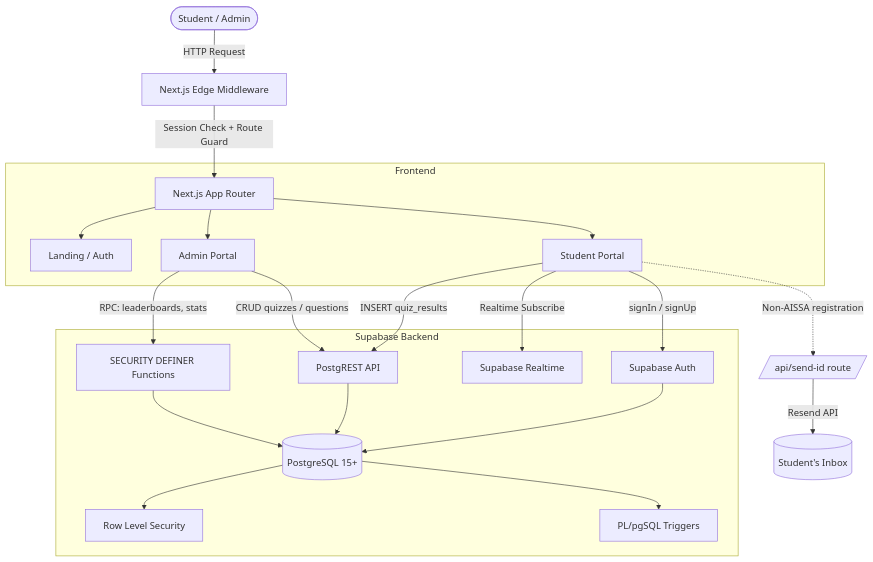
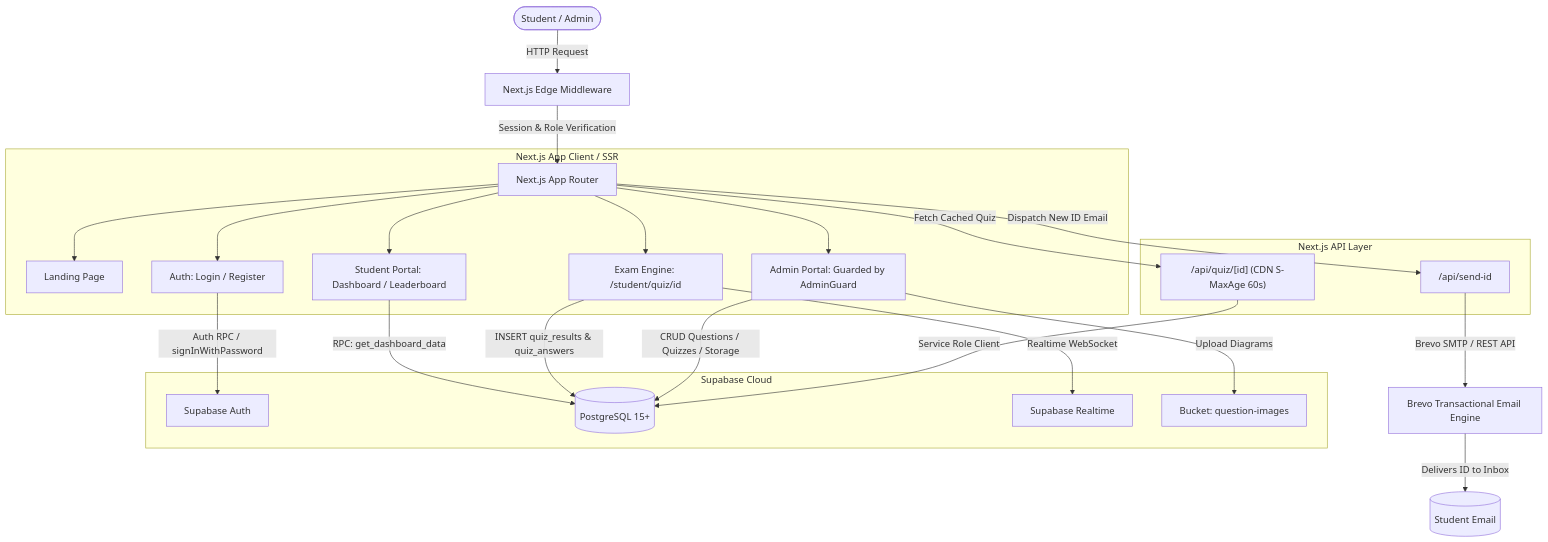
The diagram in README.md (Vivan2025wd/AISSA-Quiz), drawn with Mermaid before and after one commit. The commit also changed other lines of this file, not shown here.

````diff
--- a/README.md
+++ b/README.md
@@ -92,28 +158,31 @@
 ```mermaid
-graph TD
+flowchart TD
     User([Student / Admin]) -->|HTTP Request| Edge[Next.js Edge Middleware]
-    Edge -->|Session Check + Route Guard| App[Next.js App Router]
+    Edge -->|Session & Role Verification| App[Next.js App Router]
 
-    subgraph Frontend
-        App --> Landing[Landing / Auth]
-        App --> Student[Student Portal]
-        App --> Admin[Admin Portal]
+    subgraph Frontend [Next.js App Client / SSR]
+        App --> Landing[Landing Page]
+        App --> AuthPages[Auth: Login / Register]
+        App --> StudentDashboard[Student Portal: Dashboard / Leaderboard]
+        App --> QuizEngine[Exam Engine: /student/quiz/id]
+        App --> AdminPortal[Admin Portal: Guarded by AdminGuard]
     end
 
-    subgraph Supabase Backend
-        Student -->|signIn / signUp| Auth[Supabase Auth]
-        Student -->|INSERT quiz_results| PostgREST[PostgREST API]
-        Student -->|Realtime Subscribe| RT[Supabase Realtime]
-        Admin -->|CRUD quizzes / questions| PostgREST
-        Admin -->|RPC: leaderboards, stats| RPC[SECURITY DEFINER Functions]
-
-        Auth --> PG[(PostgreSQL 15+)]
-        PostgREST --> PG
-        RPC --> PG
-        PG --> RLS[Row Level Security]
-        PG --> Triggers[PL/pgSQL Triggers]
+    subgraph API [Next.js API Layer]
+        App -->|Fetch Cached Quiz| QuizAPI["/api/quiz/[id] (CDN S-MaxAge 60s)"]
+        App -->|Dispatch New ID Email| SendIdAPI["/api/send-id"]
     end
 
-    Student -.->|Non-AISSA registration| Email[/api/send-id route/]
-    Email -->|Resend API| Inbox[(Student's Inbox)]
+    subgraph Backend [Supabase Cloud]
+        AuthPages -->|Auth RPC / signInWithPassword| SupaAuth[Supabase Auth]
+        StudentDashboard -->|RPC: get_dashboard_data| SupaDB[(PostgreSQL 15+)]
+        QuizEngine -->|INSERT quiz_results & quiz_answers| SupaDB
+        QuizEngine -->|Realtime WebSocket| SupaRealtime[Supabase Realtime]
+        AdminPortal -->|CRUD Questions / Quizzes / Storage| SupaDB
+        AdminPortal -->|Upload Diagrams| SupaStorage[Bucket: question-images]
+        QuizAPI -->|Service Role Client| SupaDB
+    end
+
+    SendIdAPI -->|Brevo SMTP / REST API| Brevo[Brevo Transactional Email Engine]
+    Brevo -->|Delivers ID to Inbox| StudentInbox[(Student Email)]
 ```
````
